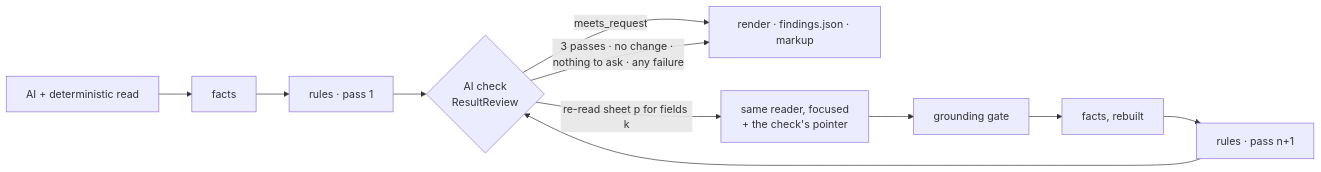
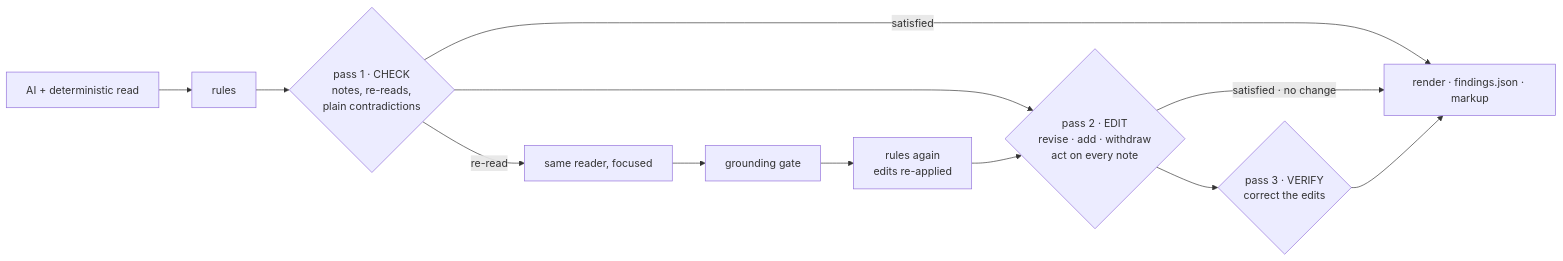
Before and after one commit to bkenol/fbc-review: the fourth of 4 diagrams in docs/ARCHITECTURE-V2.md, drawn with Mermaid. The commit also changed other lines of this file and 23 other files, not shown here.

First line of the commit message:
Let the AI reviewer change findings directly, and make its second pass the editing pass

````diff
--- a/docs/ARCHITECTURE-V2.md
+++ b/docs/ARCHITECTURE-V2.md
@@ -369,10 +371,12 @@
 ```mermaid
 flowchart LR
-    R1[AI + deterministic read] --> F1[facts] --> P1[rules · pass 1]
-    P1 --> C{AI check<br/>ResultReview}
-    C -- meets_request --> OUT[render · findings.json · markup]
-    C -- "re-read sheet p for fields k" --> RR[same reader, focused<br/>+ the check's pointer]
-    RR --> G[grounding gate] --> F2[facts, rebuilt] --> P2[rules · pass n+1]
-    P2 --> C
-    C -- "3 passes · no change · nothing to ask · any failure" --> OUT
+    R1[AI + deterministic read] --> P1[rules]
+    P1 --> C1{pass 1 · CHECK<br/>notes, re-reads,<br/>plain contradictions}
+    C1 -- "re-read" --> RR[same reader, focused] --> G[grounding gate] --> P2[rules again<br/>edits re-applied]
+    C1 --> C2{pass 2 · EDIT<br/>revise · add · withdraw<br/>act on every note}
+    P2 --> C2
+    C2 --> C3{pass 3 · VERIFY<br/>correct the edits}
+    C1 -- satisfied --> OUT[render · findings.json · markup]
+    C2 -- "satisfied · no change" --> OUT
+    C3 --> OUT
 ```
````
